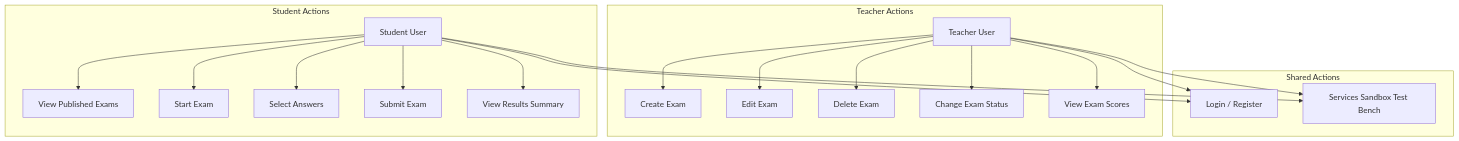
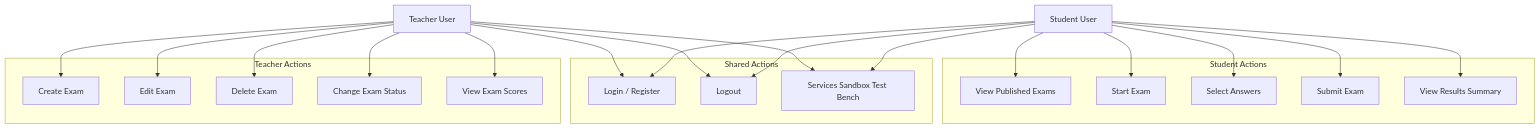
The fourth of 4 diagrams in SPEC.md (AnanSafady12/ExamApp), drawn with Mermaid before and after one commit. The commit also changed 16 other files, not shown here.

````diff
--- a/SPEC.md
+++ b/SPEC.md
@@ -174,28 +174,48 @@
 ```mermaid
 graph TD
+    subgraph Shared Actions
+        UC11[Login / Register]
+        UC11_2[Logout]
+        UC12[Services Sandbox Test Bench]
+    end
+
+    Student[Student User]
     Teacher[Teacher User]
-    Student[Student User]
+
+    subgraph Student Actions
+        UC6[View Published Exams]
+        UC7[Start Exam]
+        UC8[Select Answers]
+        UC9[Submit Exam]
+        UC10[View Results Summary]
+    end
 
     subgraph Teacher Actions
-        Teacher --> UC1[Create Exam]
-        Teacher --> UC2[Edit Exam]
-        Teacher --> UC3[Delete Exam]
-        Teacher --> UC4[Change Exam Status]
-        Teacher --> UC5[View Exam Scores]
+        UC1[Create Exam]
+        UC2[Edit Exam]
+        UC3[Delete Exam]
+        UC4[Change Exam Status]
+        UC5[View Exam Scores]
     end
 
-    subgraph Student Actions
-        Student --> UC6[View Published Exams]
-        Student --> UC7[Start Exam]
-        Student --> UC8[Select Answers]
-        Student --> UC9[Submit Exam]
-        Student --> UC10[View Results Summary]
-    end
+    %% Connections
+    Student --> UC11
+    Student --> UC11_2
+    Student --> UC12
 
-    subgraph Shared Actions
-        Teacher --> UC11[Login / Register]
-        Student --> UC11
-        Teacher --> UC12[Services Sandbox Test Bench]
-        Student --> UC12
-    end
+    Teacher --> UC11
+    Teacher --> UC11_2
+    Teacher --> UC12
+
+    Student --> UC6
+    Student --> UC7
+    Student --> UC8
+    Student --> UC9
+    Student --> UC10
+
+    Teacher --> UC1
+    Teacher --> UC2
+    Teacher --> UC3
+    Teacher --> UC4
+    Teacher --> UC5
 ```
````
